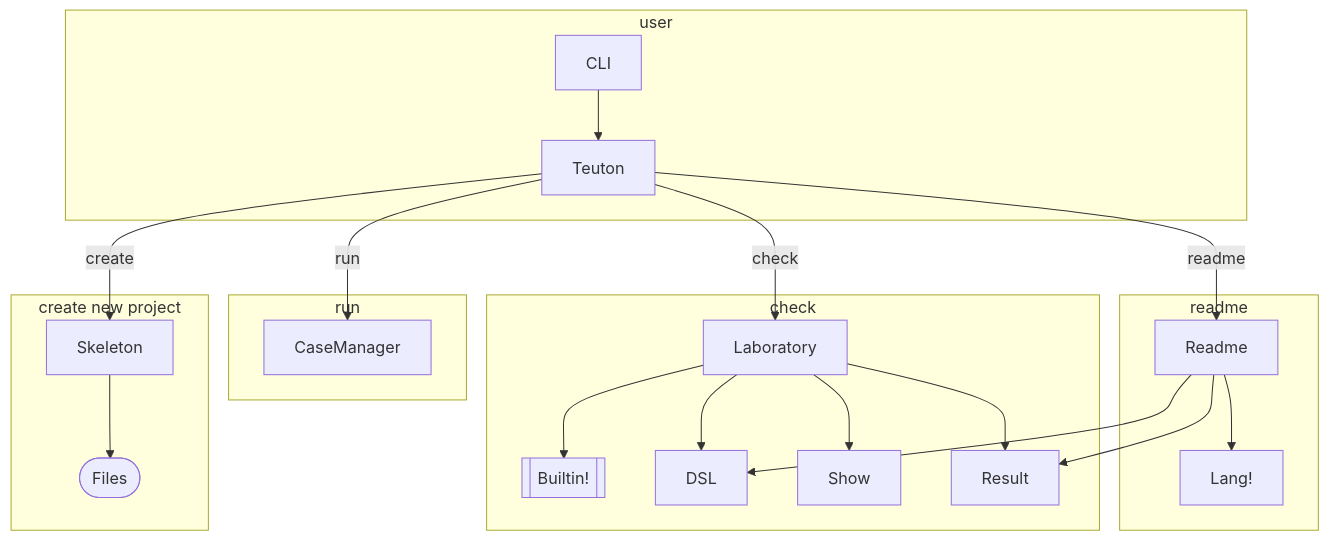
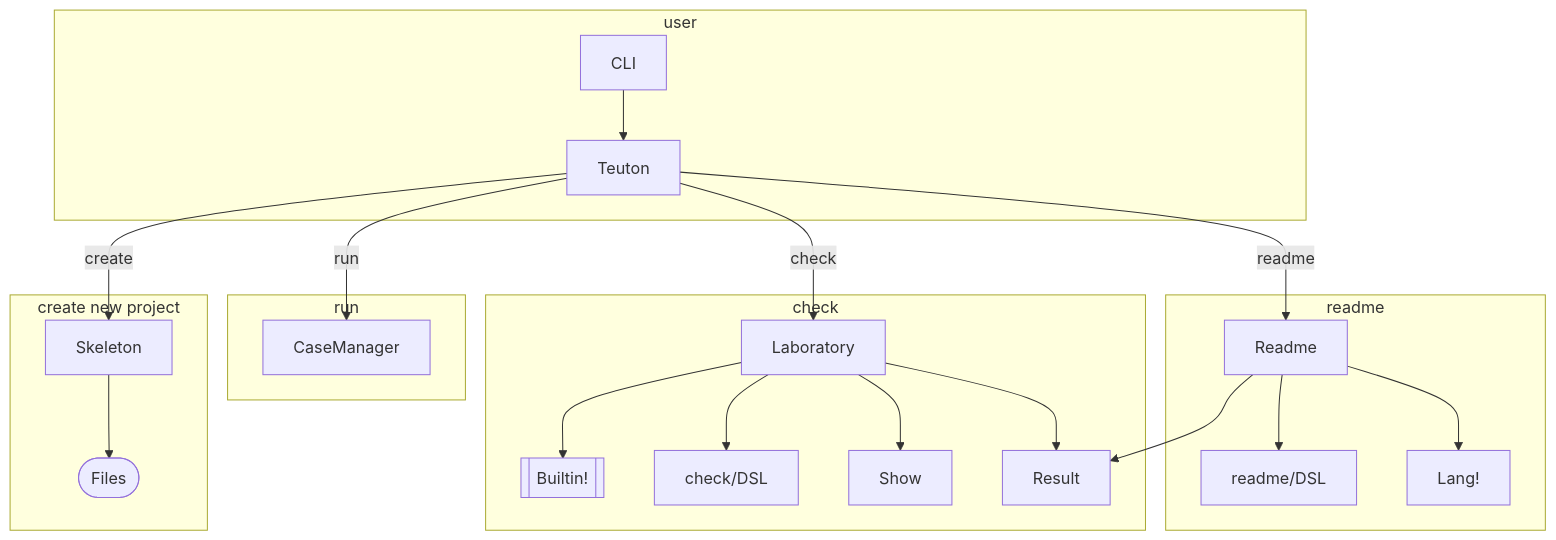
Before and after one commit to teuton-software/teuton: the diagram in docs/diagram.md, drawn with Mermaid.

````diff
--- a/docs/diagram.md
+++ b/docs/diagram.md
@@ -5,31 +5,31 @@
 ```mermaid
 flowchart TB
 
 subgraph user
   CLI --> Teuton
 end
 
 subgraph "create new project"
   Teuton -- create --> Skeleton
   Skeleton --> Files([Files])
 end
 
 subgraph check
   Teuton -- check --> Laboratory
   Laboratory --> Builtin[[Builtin!]]
-  Laboratory --> DSL
+  Laboratory --> check/DSL
   Laboratory --> Show  
   Laboratory --> Result
 end
 
 subgraph run
   Teuton -- run --> CaseManager
 end
 
 subgraph readme
   Teuton -- readme --> Readme
-  Readme --> DSL
+  Readme --> readme/DSL
   Readme --> Lang!  
   Readme --> Result
 end
 ```
````
